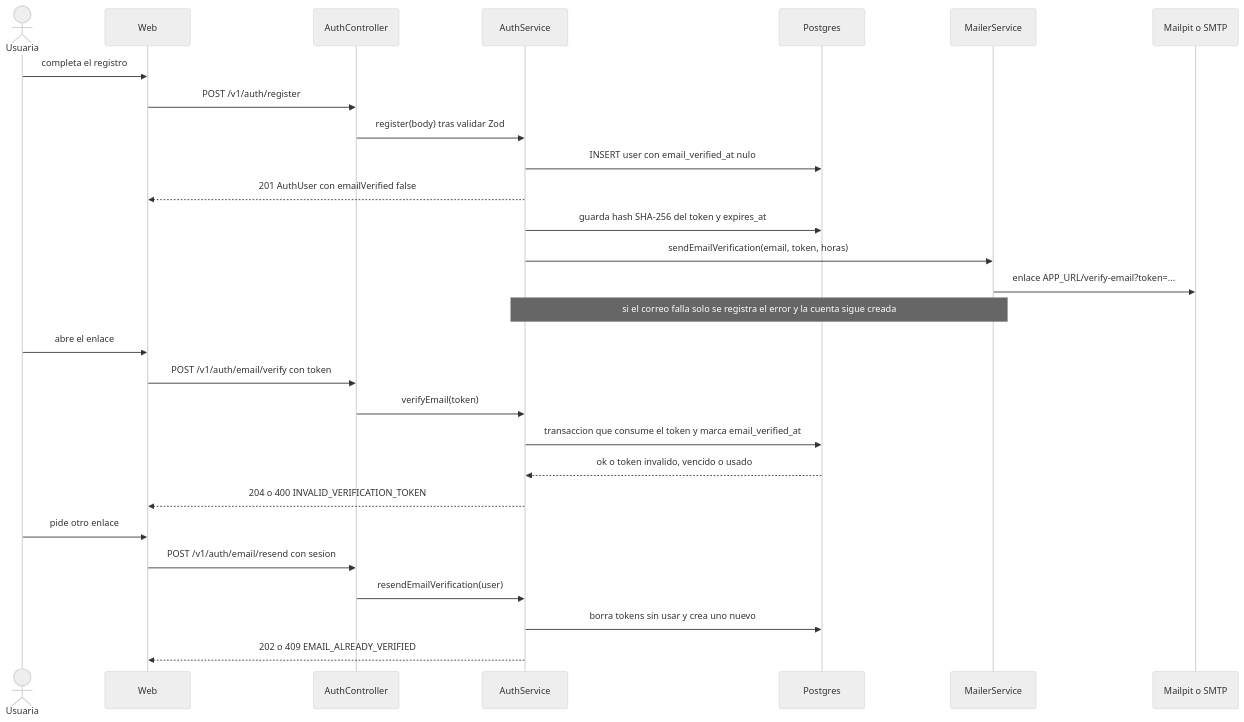
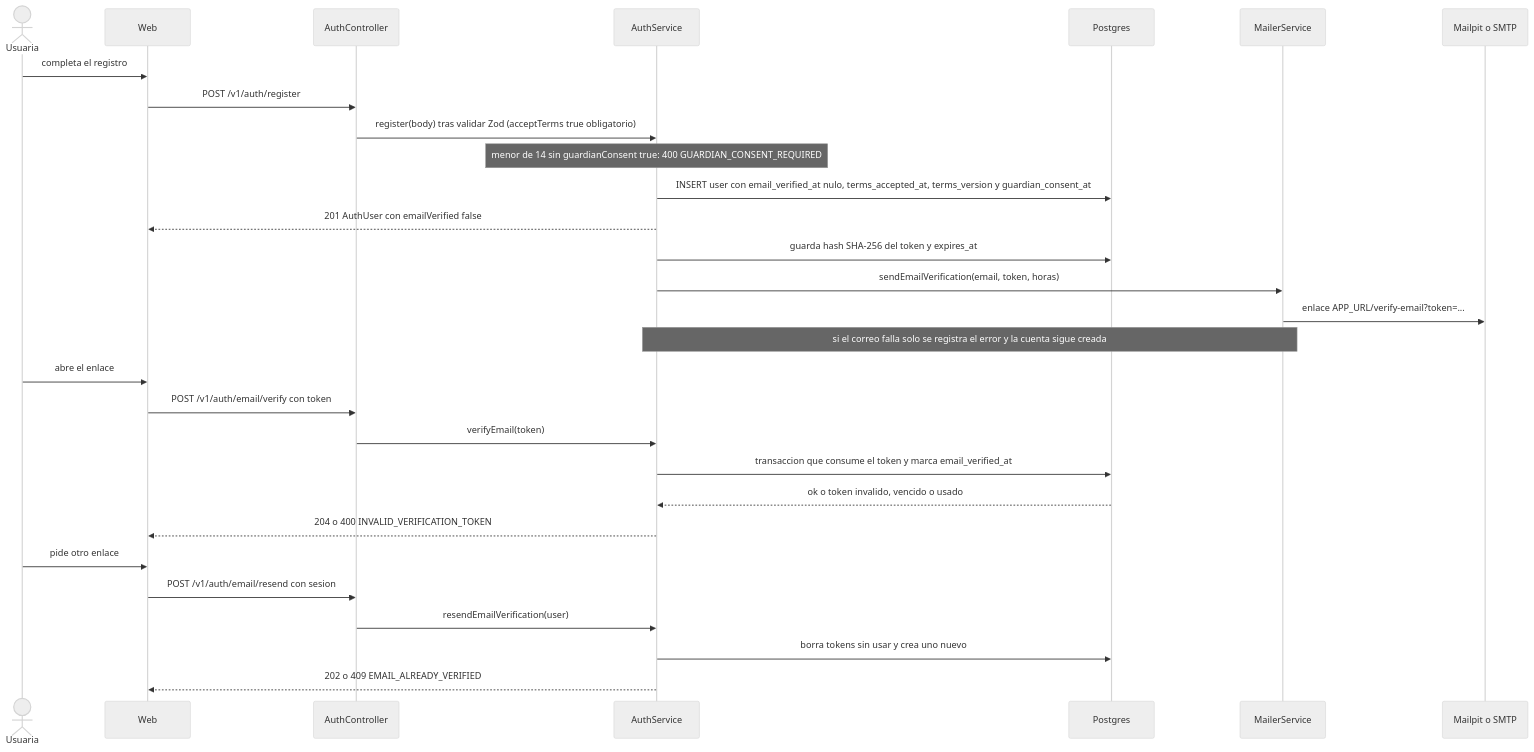
Before and after one commit to foreverlcd/backend-steam-society: the ninth of 10 diagrams in docs/FLOWS.md, drawn with Mermaid (neutral theme). The commit also changed 24 other files, not shown here.

````diff
--- a/docs/FLOWS.md
+++ b/docs/FLOWS.md
@@ -191,30 +191,31 @@
 ```mermaid
 sequenceDiagram
   actor Usuaria
   participant Web
   participant A as AuthController
   participant S as AuthService
   participant DB as Postgres
   participant M as MailerService
   participant Mail as Mailpit o SMTP
   Usuaria->>Web: completa el registro
   Web->>A: POST /v1/auth/register
-  A->>S: register(body) tras validar Zod
-  S->>DB: INSERT user con email_verified_at nulo
+  A->>S: register(body) tras validar Zod (acceptTerms true obligatorio)
+  Note over S: menor de 14 sin guardianConsent true: 400 GUARDIAN_CONSENT_REQUIRED
+  S->>DB: INSERT user con email_verified_at nulo, terms_accepted_at, terms_version y guardian_consent_at
   S-->>Web: 201 AuthUser con emailVerified false
   S->>DB: guarda hash SHA-256 del token y expires_at
   S->>M: sendEmailVerification(email, token, horas)
   M->>Mail: enlace APP_URL/verify-email?token=...
   Note over S,M: si el correo falla solo se registra el error y la cuenta sigue creada
   Usuaria->>Web: abre el enlace
   Web->>A: POST /v1/auth/email/verify con token
   A->>S: verifyEmail(token)
   S->>DB: transaccion que consume el token y marca email_verified_at
   DB-->>S: ok o token invalido, vencido o usado
   S-->>Web: 204 o 400 INVALID_VERIFICATION_TOKEN
   Usuaria->>Web: pide otro enlace
   Web->>A: POST /v1/auth/email/resend con sesion
   A->>S: resendEmailVerification(user)
   S->>DB: borra tokens sin usar y crea uno nuevo
   S-->>Web: 202 o 409 EMAIL_ALREADY_VERIFIED
 ```
````
